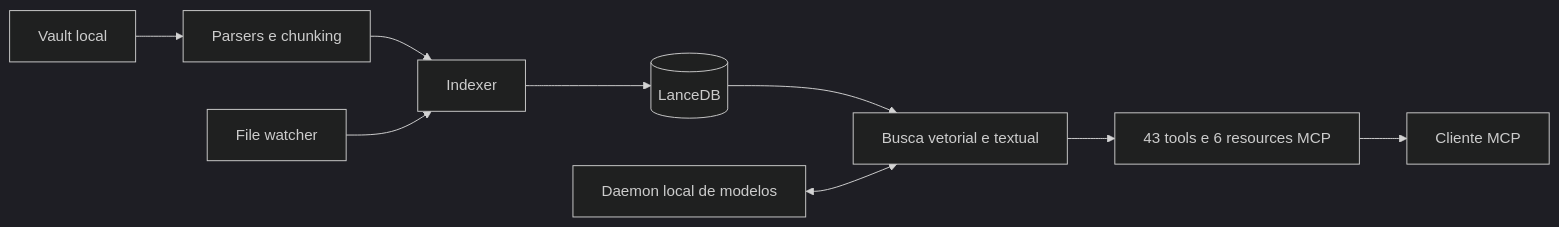
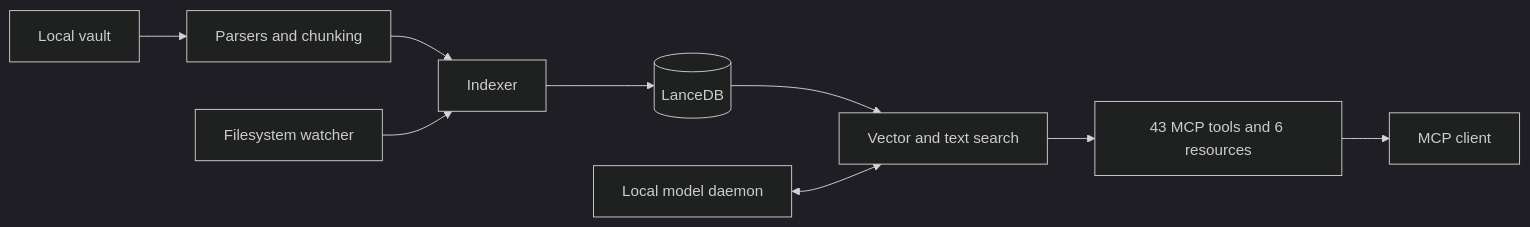
One commit to everton-dgn/vault-search-mcp changed the diagram in README.md. Above: the diagram before and after it, drawn with Mermaid (dark theme). The commit also changed other lines of this file and 200 other files, not shown here.

Commit message:
feat: prepare vault search for public release

````diff
--- a/README.md
+++ b/README.md
@@ -72,11 +72,11 @@
 ```mermaid
 flowchart LR
-    V[Vault local] --> P[Parsers e chunking]
+    V[Local vault] --> P[Parsers and chunking]
     P --> I[Indexer]
     I --> L[(LanceDB)]
-    L --> S[Busca vetorial e textual]
-    D[Daemon local de modelos] <--> S
-    S --> M[43 tools e 6 resources MCP]
-    M --> C[Cliente MCP]
-    W[File watcher] --> I
+    L --> S[Vector and text search]
+    D[Local model daemon] <--> S
+    S --> M[43 MCP tools and 6 resources]
+    M --> C[MCP client]
+    W[Filesystem watcher] --> I
 ```
````
